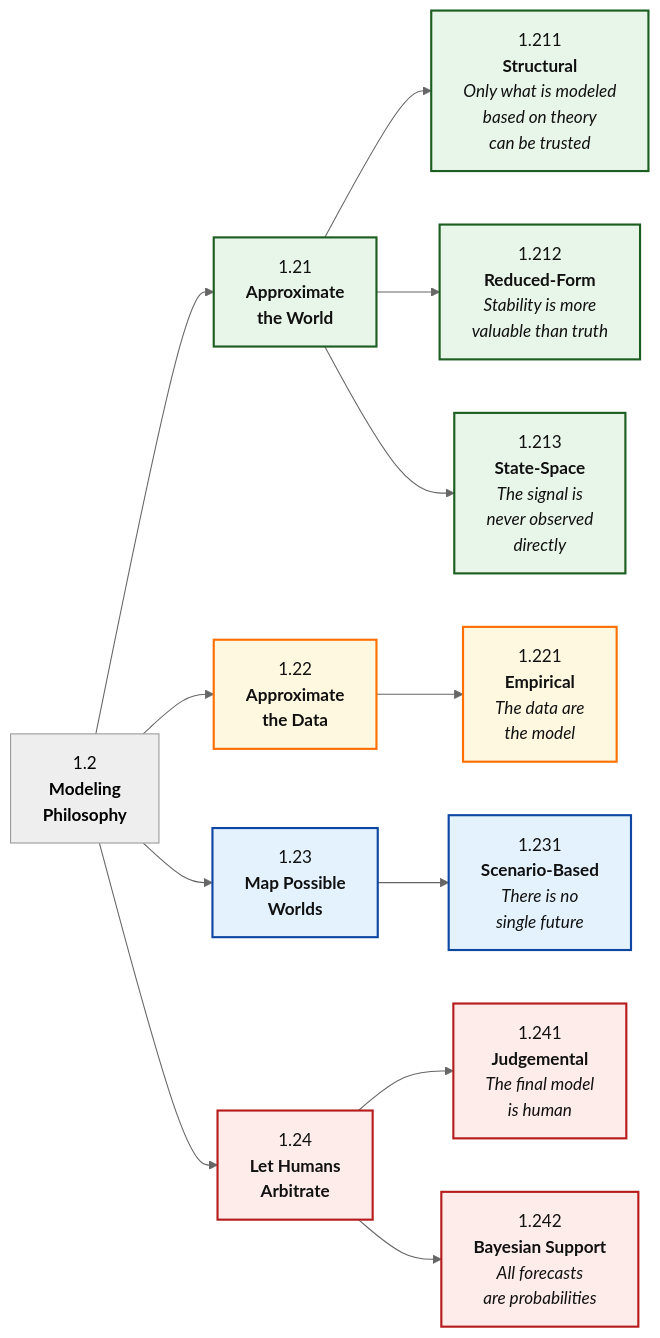
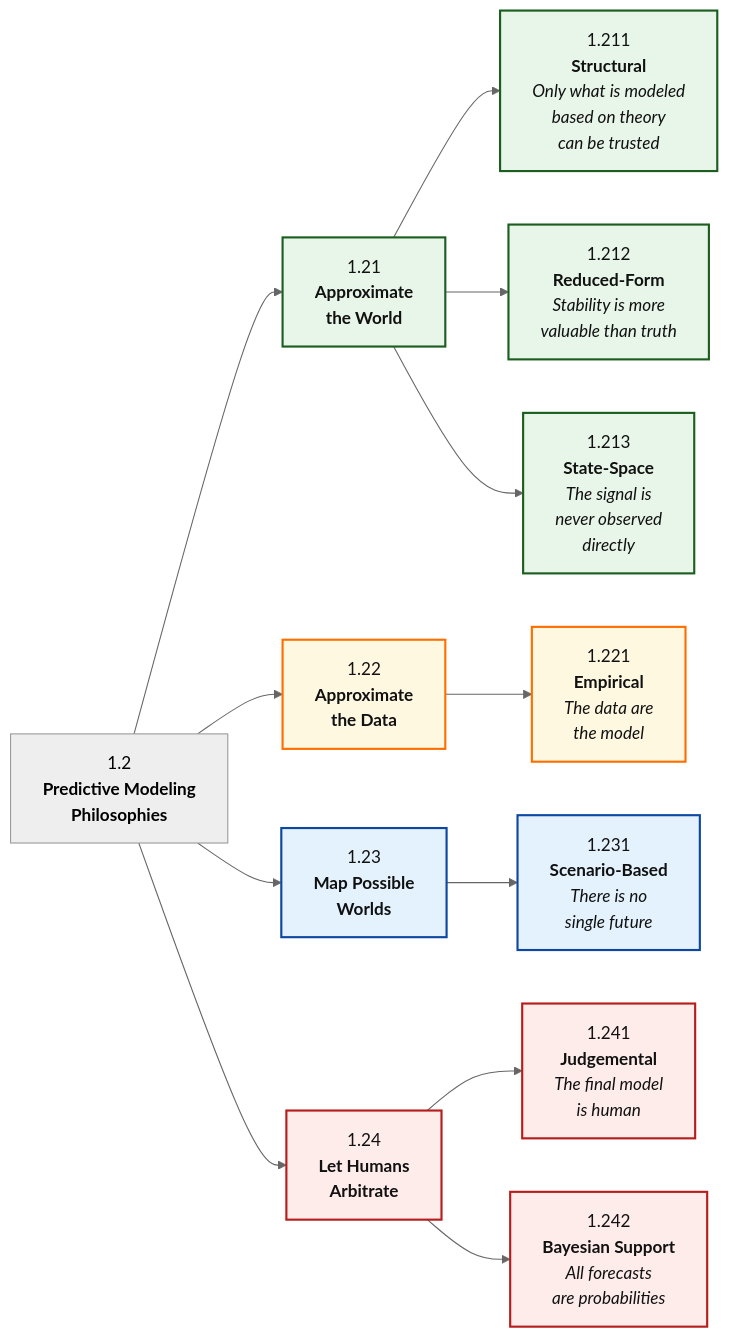
Before and after one commit to Tellusant/docs: the diagram in articles-posts/predictive-model-evaluation-framework.md, drawn with Mermaid (neutral theme).

```diff
--- a/articles-posts/predictive-model-evaluation-framework.md
+++ b/articles-posts/predictive-model-evaluation-framework.md
@@ -31,42 +31,42 @@
 <div class="mermaid">
   
 flowchart LR
 
 %% ========= NODES =========
-P["`1.2<br/>**Modeling**<br/>**Philosophy**`"]:::none
+P["`1.2<br/>**Predictive Modeling**<br/>**Philosophies**`"]:::none
 
 AW["`1.21<br/>**Approximate<br/>the World**`"]:::strong
 AD["`1.22<br/>**Approximate<br/>the Data**`"]:::mixed
 PW["`1.23<br/>**Map Possible<br/>Worlds**`"]:::neutral
 HA["`1.24<br/>**Let Humans<br/>Arbitrate**`"]:::risk
 
 STR["`1.211<br/>**Structural**<br/>*Only what is modeled<br/>based on theory<br/>can be trusted*`"]:::strong
 RED["`1.212<br/>**Reduced-Form**<br/>*Stability is more<br/>valuable than truth*`"]:::strong
 STA["`1.213<br/>**State-Space**<br/>*The signal is<br/>never observed<br/>directly*`"]:::strong
 EMP["`1.221<br/>**Empirical**<br/>*The data are<br/>the model*`"]:::mixed
 SCE["`1.231<br/>**Scenario-Based**<br/>*There is no<br/>single future*`"]:::neutral
 JUD["`1.241<br/>**Judgemental**<br/>*The final model<br/>is human*`"]:::risk
 BAY["`1.242<br/>**Bayesian Support**<br/>*All forecasts<br/>are probabilities*`"]:::risk
 
 %% ========= RELATIONSHIPS =========
 P --> AW
 P --> AD
 P --> PW
 P --> HA
 AW --> STR
 AW --> RED
 AW --> STA
 AD --> EMP
 PW --> SCE
 HA --> JUD
 HA --> BAY
 
 %% ========= STYLES =========
 classDef strong  fill:#E8F5E9,stroke:#1B5E20,stroke-width:2px,color:#111;
 classDef neutral fill:#E3F2FD,stroke:#0D47A1,stroke-width:2px,color:#111;
 classDef mixed   fill:#FFF8E1,stroke:#FF6F00,stroke-width:2px,color:#111;
 classDef risk    fill:#FDECEA,stroke:#B71C1C,stroke-width:2px,color:#111;
 classDef summary fill:#F5F5F5,stroke:#424242,stroke-width:2px,color:#111;
 classDef anchor fill:transparent,stroke:transparent;
 
 </div>
```
